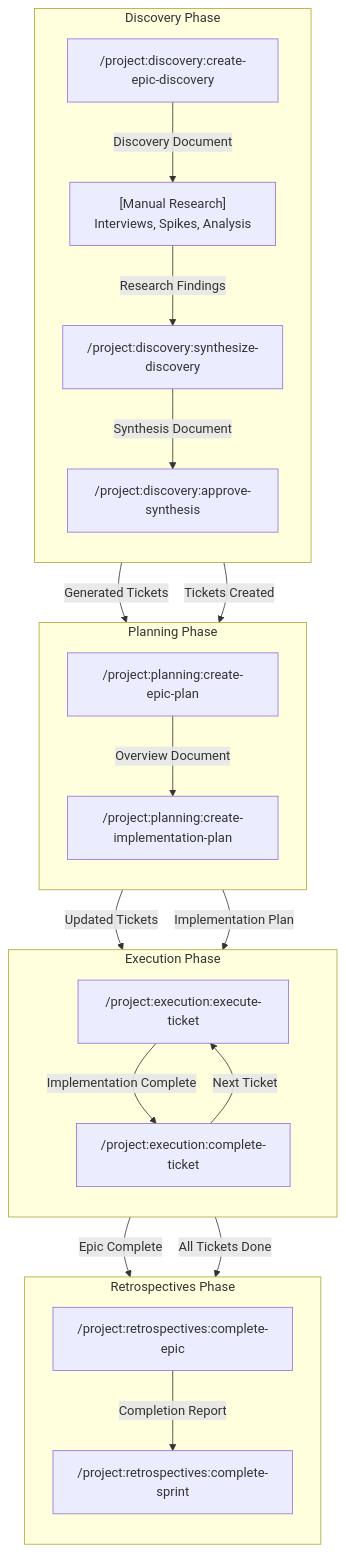
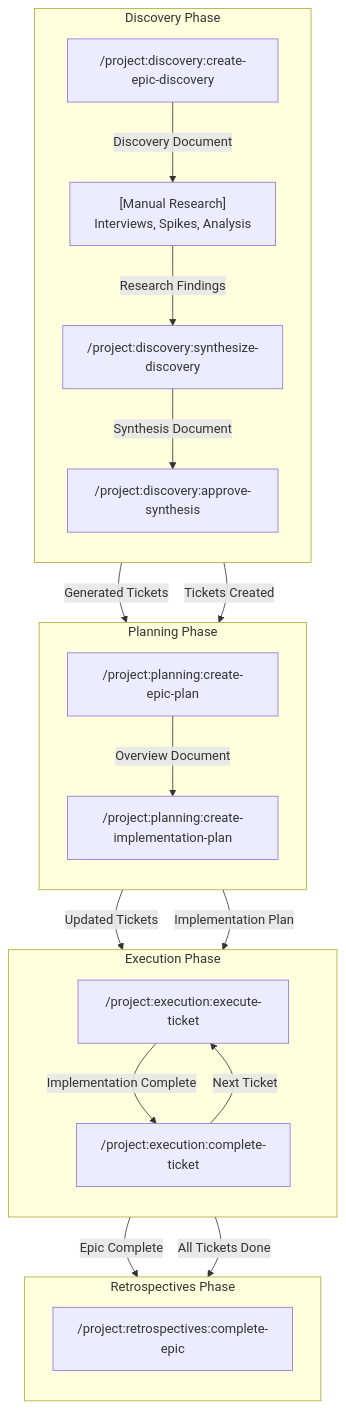
Before and after one commit to Jeffallan/claude-skills: the first of 5 diagrams in docs/WORKFLOW_COMMANDS.md, drawn with Mermaid. The commit also changed other lines of this file and 76 other files, not shown here.

````diff
--- a/docs/WORKFLOW_COMMANDS.md
+++ b/docs/WORKFLOW_COMMANDS.md
@@ -38,46 +52,43 @@
 ```mermaid
 flowchart TB
     subgraph Discovery["Discovery Phase"]
         direction TB
         CED["/project:discovery:create-epic-discovery"]
         MR["[Manual Research]<br/>Interviews, Spikes, Analysis"]
         SD["/project:discovery:synthesize-discovery"]
         AS["/project:discovery:approve-synthesis"]
 
         CED -->|"Discovery Document"| MR
         MR -->|"Research Findings"| SD
         SD -->|"Synthesis Document"| AS
     end
 
     subgraph Planning["Planning Phase"]
         direction TB
         CEP["/project:planning:create-epic-plan"]
         CIP["/project:planning:create-implementation-plan"]
 
         CEP -->|"Overview Document"| CIP
     end
 
     subgraph Execution["Execution Phase"]
         direction TB
         ET["/project:execution:execute-ticket"]
         CT["/project:execution:complete-ticket"]
 
         ET -->|"Implementation Complete"| CT
         CT -->|"Next Ticket"| ET
     end
 
     subgraph Retrospectives["Retrospectives Phase"]
         direction TB
         CE["/project:retrospectives:complete-epic"]
-        CS["/project:retrospectives:complete-sprint"]
-
-        CE -->|"Completion Report"| CS
     end
 
     Discovery -->|"Tickets Created"| Planning
     SD -->|"Generated Tickets"| CEP
     Planning -->|"Implementation Plan"| Execution
     CIP -->|"Updated Tickets"| ET
     Execution -->|"All Tickets Done"| Retrospectives
     CT -->|"Epic Complete"| CE
 ```
````
